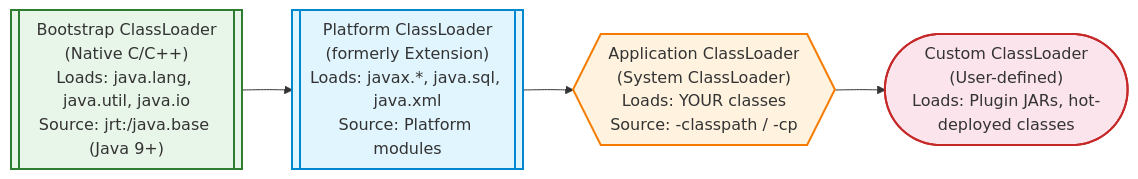
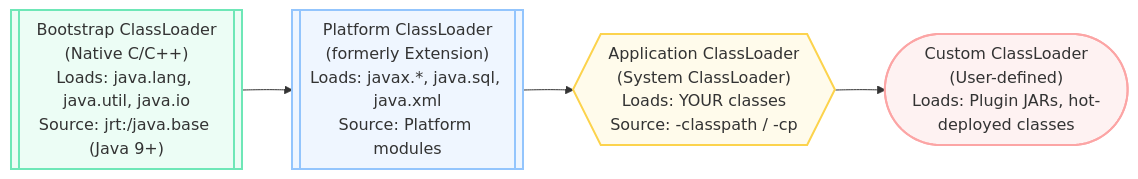
Before and after one commit to saivamsikaruturi/vamsilabs-dev-notes-main: the first of 4 diagrams in docs/java/ClassLoaders.md, drawn with Mermaid. The commit also changed other lines of this file and 220 other files, not shown here.

First line of the commit message:
Add 50+ new Java/Spring Boot pages, rewrite CSS code blocks to Oracle style, fix all diagram colors

````diff
--- a/docs/java/ClassLoaders.md
+++ b/docs/java/ClassLoaders.md
@@ -11,16 +11,16 @@
 ```mermaid
 flowchart LR
     BOOT[["Bootstrap ClassLoader<br/>(Native C/C++)<br/>Loads: java.lang, java.util, java.io<br/>Source: jrt:/java.base (Java 9+)"]]
     PLAT[["Platform ClassLoader<br/>(formerly Extension)<br/>Loads: javax.*, java.sql, java.xml<br/>Source: Platform modules"]]
     APP{{"Application ClassLoader<br/>(System ClassLoader)<br/>Loads: YOUR classes<br/>Source: -classpath / -cp"}}
     CUSTOM(["Custom ClassLoader<br/>(User-defined)<br/>Loads: Plugin JARs, hot-deployed classes"])
 
     BOOT --> PLAT
     PLAT --> APP
     APP --> CUSTOM
 
-    style BOOT fill:#e8f5e9,stroke:#2e7d32,stroke-width:2px
-    style PLAT fill:#e1f5fe,stroke:#0288d1,stroke-width:2px
-    style APP fill:#fff3e0,stroke:#f57c00,stroke-width:2px
-    style CUSTOM fill:#fce4ec,stroke:#c62828,stroke-width:2px
+    style BOOT fill:#ECFDF5,stroke:#6EE7B7,stroke-width:2px
+    style PLAT fill:#EFF6FF,stroke:#93C5FD,stroke-width:2px
+    style APP fill:#FFFBEB,stroke:#FCD34D,stroke-width:2px
+    style CUSTOM fill:#FEF2F2,stroke:#FCA5A5,stroke-width:2px
 ```
````
